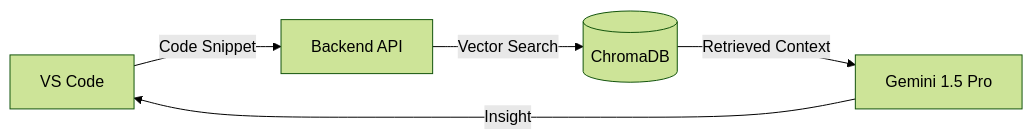
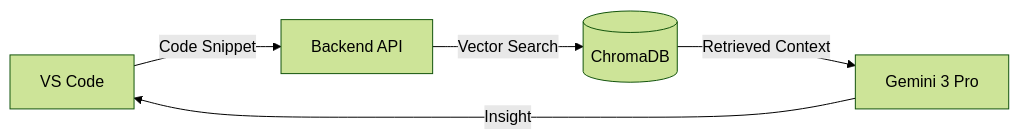
One commit to Akash-Naickar/ContextSync changed the diagram in README.md. Above: the diagram before and after it, drawn with Mermaid (forest theme). The commit also changed other lines of this file, not shown here.

First line of the commit message:
Update AI badge to Gemini 3 Pro

````diff
--- a/README.md
+++ b/README.md
@@ -25,7 +25,7 @@
 ```mermaid
 graph LR
     IDE[VS Code] -->|Code Snippet| API[Backend API]
     API -->|Vector Search| DB[(ChromaDB)]
-    DB -->|Retrieved Context| LLM[Gemini 1.5 Pro]
+    DB -->|Retrieved Context| LLM[Gemini 3 Pro]
     LLM -->|Insight| IDE
 ```
````
